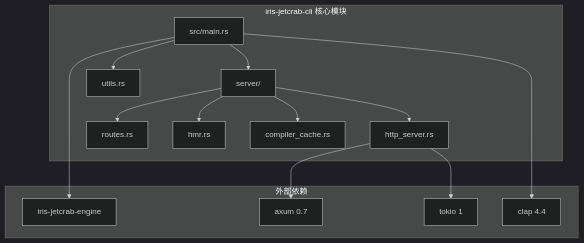
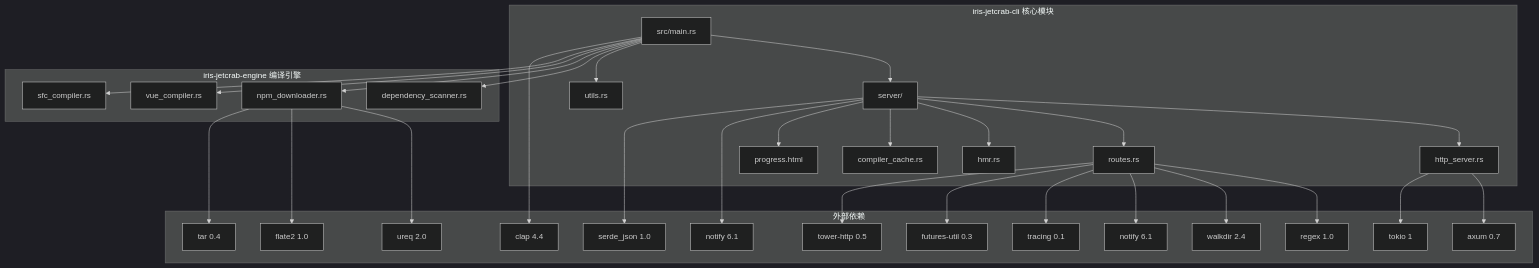
One commit to itszzl-sudo/iris changed the first of 18 diagrams in .qoder/repowiki/zh/content/核心功能特性/Iris JetCrab CLI架构文档.md. Above: the diagram before and after it, drawn with Mermaid (dark theme). The commit also changed other lines of this file and 63 other files, not shown here.

````diff
--- a/.qoder/repowiki/zh/content/核心功能特性/Iris JetCrab CLI架构文档.md
+++ b/.qoder/repowiki/zh/content/核心功能特性/Iris JetCrab CLI架构文档.md
@@ -41,21 +49,52 @@
 ```mermaid
 graph TB
 subgraph "iris-jetcrab-cli 核心模块"
 A[src/main.rs] --> B[server/]
 A --> C[utils.rs]
 B --> D[http_server.rs]
 B --> E[routes.rs]
 B --> F[hmr.rs]
 B --> G[compiler_cache.rs]
+B --> H[progress.html]
+end
+subgraph "iris-jetcrab-engine 编译引擎"
+I[dependency_scanner.rs]
+J[npm_downloader.rs]
+K[vue_compiler.rs]
+L[sfc_compiler.rs]
 end
 subgraph "外部依赖"
-H[iris-jetcrab-engine]
-I[axum 0.7]
-J[tokio 1]
-K[clap 4.4]
+M[axum 0.7]
+N[tokio 1]
+O[clap 4.4]
+P[notify 6.1]
+Q[serde_json 1.0]
+R[ureq 2.0]
+S[flate2 1.0]
+T[tar 0.4]
+U[regex 1.0]
+V[walkdir 2.4]
+W[notify 6.1]
+X[tracing 0.1]
+Y[futures-util 0.3]
+Z[tower-http 0.5]
 end
-A --> H
-D --> I
-D --> J
+A --> I
+A --> J
 A --> K
+A --> L
+D --> M
+D --> N
+A --> O
+B --> P
+B --> Q
+J --> R
+J --> S
+J --> T
+E --> U
+E --> V
+E --> W
+E --> X
+E --> Y
+E --> Z
 ```
````
